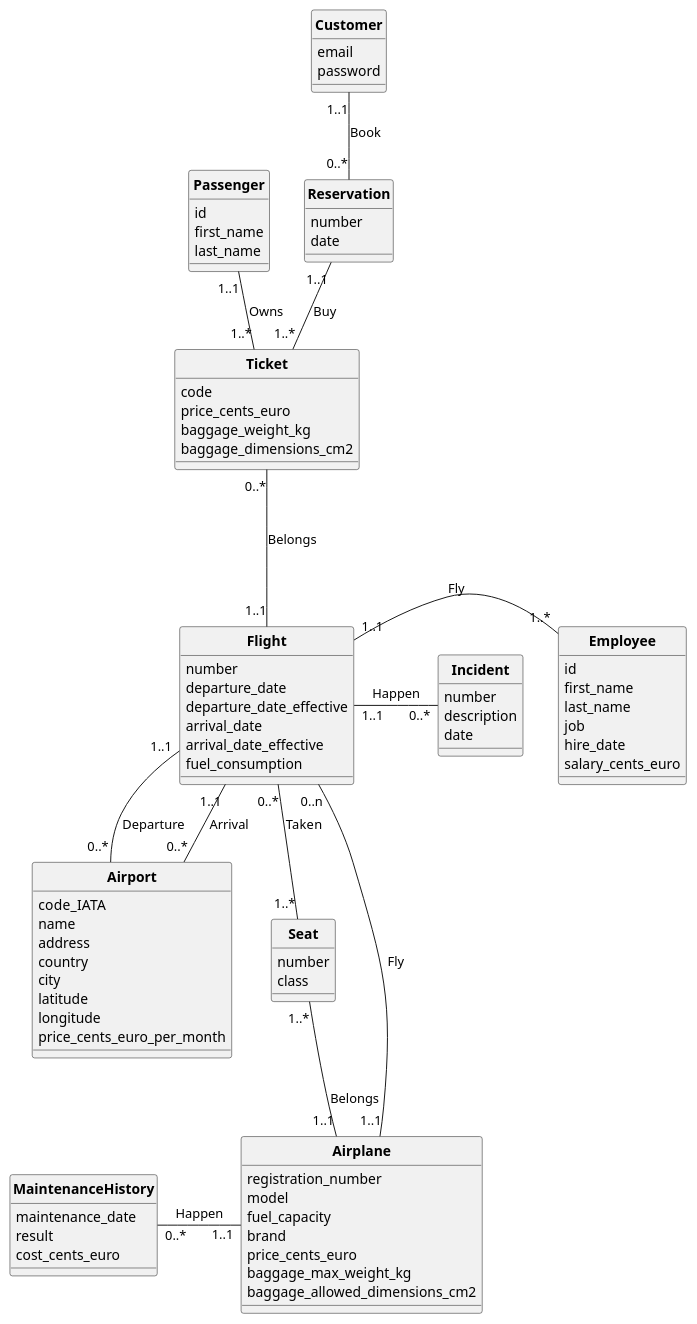
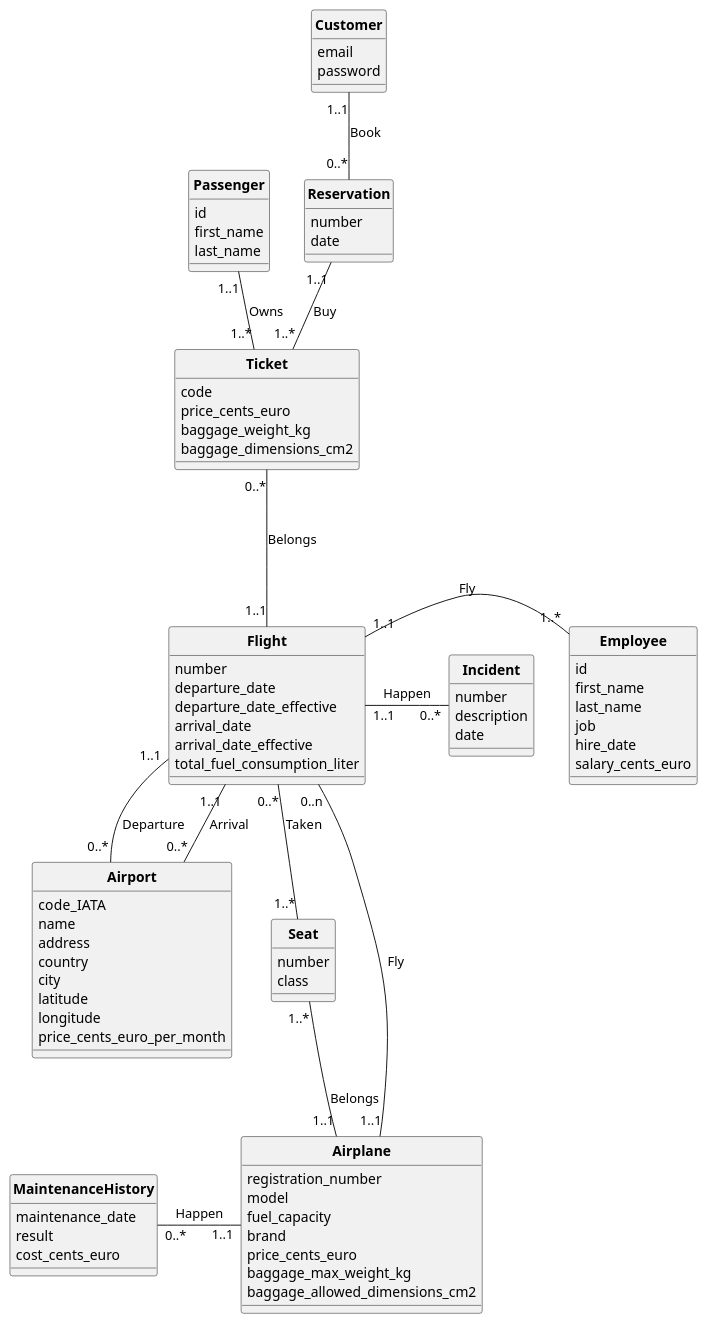
The diagram in docs/MCD.puml (cnam-theoludwig/cnam-database), drawn with PlantUML before and after one commit. The commit also changed 2 other files, not shown here.

```diff
--- a/docs/MCD.puml
+++ b/docs/MCD.puml
@@ -1,104 +1,104 @@
 @startuml UML
 
 skinparam style strictuml
 skinparam classAttributeIconSize 0
 skinparam classFontStyle Bold
 hide enum methods
 
 class Flight {
   number
   departure_date
   departure_date_effective
   arrival_date
   arrival_date_effective
-  fuel_consumption
+  total_fuel_consumption_liter
 }
 
 class Airport {
   code_IATA
   name
   address
   country
   city
   latitude
   longitude
   price_cents_euro_per_month
 }
 
 class Airplane {
   registration_number
   model
   fuel_capacity
   brand
   price_cents_euro
   baggage_max_weight_kg
   baggage_allowed_dimensions_cm2
 }
 
 class MaintenanceHistory {
   maintenance_date
   result
   cost_cents_euro
 }
 
 class Employee {
   id
   first_name
   last_name
   job
   hire_date
   salary_cents_euro
 }
 
 class Passenger {
   id
   first_name
   last_name
 }
 
 class Ticket {
   code
   price_cents_euro
   baggage_weight_kg
   baggage_dimensions_cm2
 }
 
 class Customer {
   email
   password
 }
 
 class Seat {
   number
   class
 }
 
 class Reservation {
   number
   date
 }
 
 class Incident {
   number
   description
   date
 }
 
 Airplane "1..1" -- "0..n" Flight : Fly
 Seat "1..*" -- "1..1" Airplane : Belongs
 Employee "1..*" -left- "1..1" Flight : Fly
 Passenger "1..1" -- "1..*" Ticket : Owns
 Ticket "0..*" --- "1..1" Flight : Belongs
 Flight "0..*" -- "1..*" Seat : Taken
 Reservation "1..1" -- "1..*" Ticket : Buy
 
 MaintenanceHistory "0..*" -right- "1..1" Airplane : Happen
 
 Flight "1..1" -right- "0..*" Incident : Happen
 
 Flight "1..1" -- "0..*" Airport : Departure
 Flight "1..1" -- "0..*" Airport : Arrival
 
 Customer "1..1" -- "0..*" Reservation : Book
 
 @enduml
```
